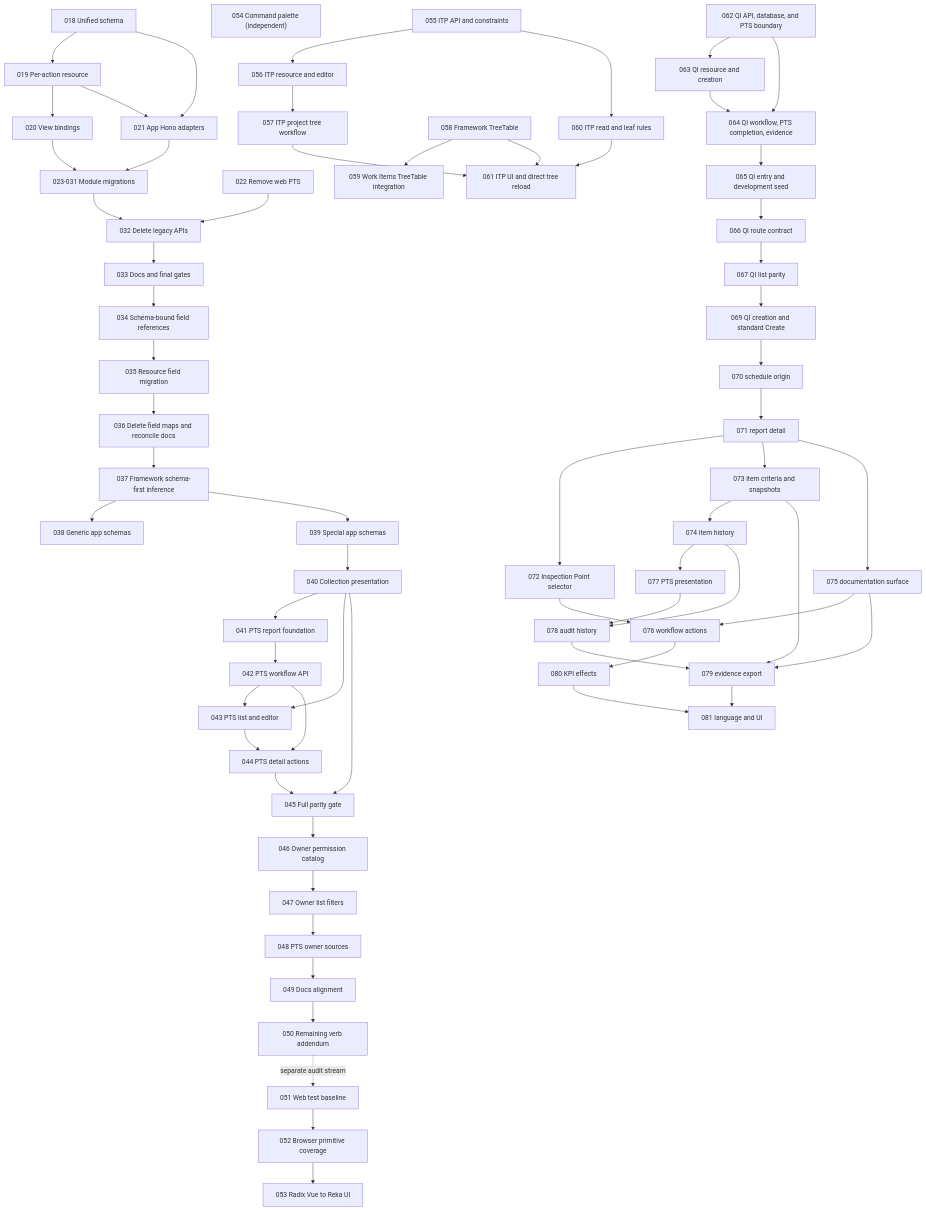
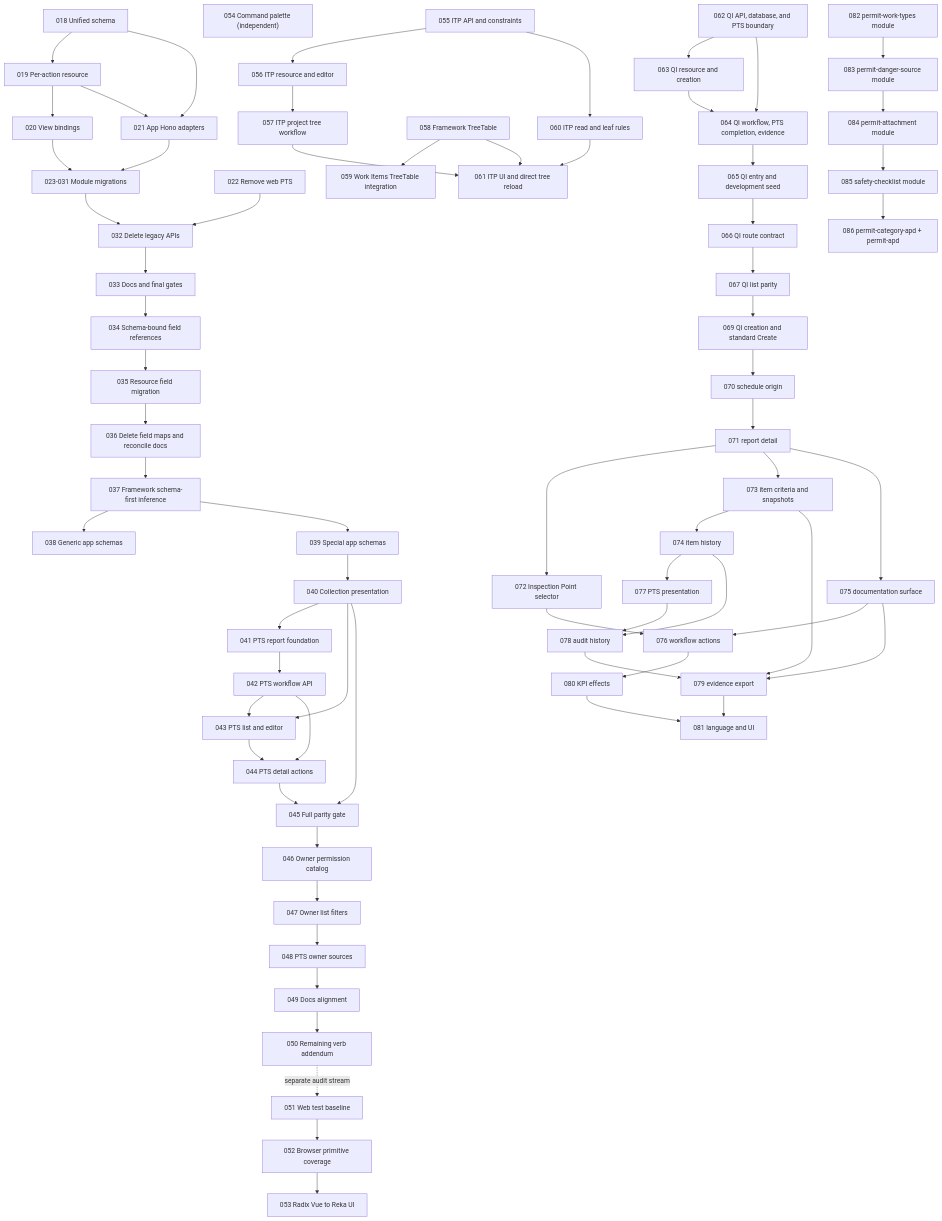
The diagram in plans/README.md (southneuhof/carta), drawn with Mermaid before and after one commit. The commit also changed other lines of this file and 37 other files, not shown here.

````diff
--- a/plans/README.md
+++ b/plans/README.md
@@ -120,67 +132,72 @@
 ```mermaid
 flowchart TD
   S["018 Unified schema"] --> R["019 Per-action resource"]
   R --> V["020 View bindings"]
   S --> H["021 App Hono adapters"]
   R --> H
   V --> M["023-031 Module migrations"]
   H --> M
   P["022 Remove web PTS"] --> C["032 Delete legacy APIs"]
   M --> C
   C --> D["033 Docs and final gates"]
   D --> F["034 Schema-bound field references"]
   F --> FM["035 Resource field migration"]
   FM --> FD["036 Delete field maps and reconcile docs"]
   FD --> Z["037 Framework schema-first inference"]
   Z --> ZG["038 Generic app schemas"]
   Z --> ZS["039 Special app schemas"]
   ZS --> C40["040 Collection presentation"]
   C40 --> P41["041 PTS report foundation"]
   P41 --> P42["042 PTS workflow API"]
   C40 --> P43["043 PTS list and editor"]
   P42 --> P43
   P43 --> P44["044 PTS detail actions"]
   P42 --> P44
   P44 --> P45["045 Full parity gate"]
   C40 --> P45
   P45 --> P46["046 Owner permission catalog"]
   P46 --> P47["047 Owner list filters"]
   P47 --> P48["048 PTS owner sources"]
   P48 --> P49["049 Docs alignment"]
   P49 --> P50["050 Remaining verb addendum"]
   P50 -. separate audit stream .-> B51["051 Web test baseline"]
   B51 --> B52["052 Browser primitive coverage"]
   B52 --> B53["053 Radix Vue to Reka UI"]
   CP54["054 Command palette (independent)"]
   I55["055 ITP API and constraints"] --> I56["056 ITP resource and editor"]
   I56 --> I57["057 ITP project tree workflow"]
   TT58["058 Framework TreeTable"] --> WI59["059 Work Items TreeTable integration"]
   I55 --> I60["060 ITP read and leaf rules"]
   I60 --> I61["061 ITP UI and direct tree reload"]
   I57 --> I61
   TT58 --> I61
   Q62["062 QI API, database, and PTS boundary"] --> Q63["063 QI resource and creation"]
   Q62 --> Q64["064 QI workflow, PTS completion, evidence"]
   Q63 --> Q64
   Q64 --> Q65["065 QI entry and development seed"]
   Q65 --> Q66["066 QI route contract"]
   Q66 --> Q67["067 QI list parity"]
   Q67 --> Q69["069 QI creation and standard Create"]
   Q69 --> Q70["070 schedule origin"]
   Q70 --> Q71["071 report detail"]
   Q71 --> Q72["072 Inspection Point selector"]
   Q71 --> Q73["073 item criteria and snapshots"]
   Q73 --> Q74["074 item history"]
   Q71 --> Q75["075 documentation surface"]
   Q72 --> Q76["076 workflow actions"]
   Q75 --> Q76
   Q74 --> Q77["077 PTS presentation"]
   Q74 --> Q78["078 audit history"]
   Q77 --> Q78
   Q73 --> Q79["079 evidence export"]
   Q75 --> Q79
   Q78 --> Q79
   Q76 --> Q80["080 KPI effects"]
   Q79 --> Q81["081 language and UI"]
   Q80 --> Q81
+  PW82["082 permit-work-types module"]
+  PW82 --> PW83["083 permit-danger-source module"]
+  PW83 --> PW84["084 permit-attachment module"]
+  PW84 --> PW85["085 safety-checklist module"]
+  PW85 --> PW86["086 permit-category-apd + permit-apd"]
 ```
````
